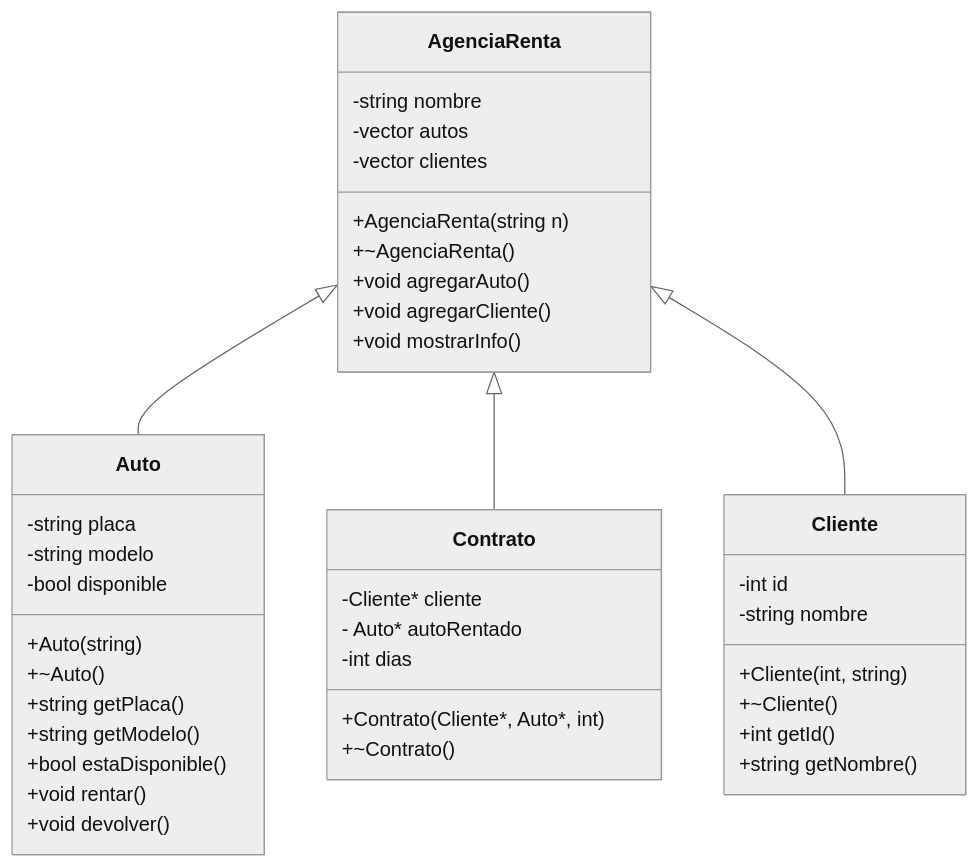
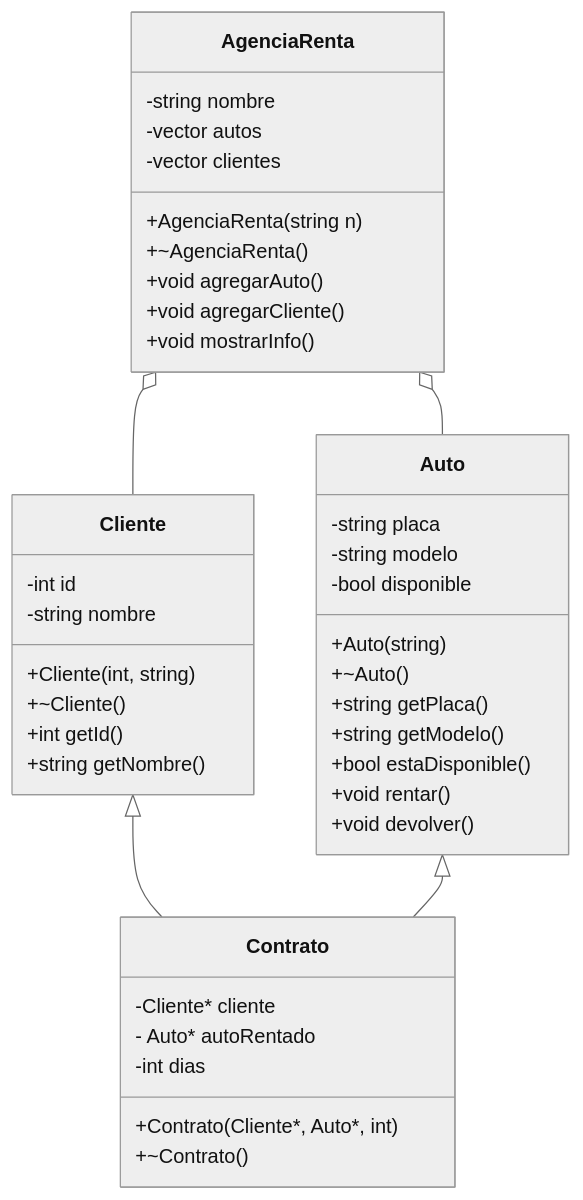
The diagram in programa_2.md (anto20417/Diagrama-clases), drawn with Mermaid (neutral theme) before and after one commit.

Commit message:
programa_2.md

````diff
--- a/programa_2.md
+++ b/programa_2.md
@@ -1,48 +1,49 @@
 ```mermaid
 classDiagram
     class AgenciaRenta {
         -string nombre
         -vector <Auto*> autos 
         -vector <Cliente*> clientes
         +AgenciaRenta(string n)
         +~AgenciaRenta()
         +void agregarAuto()
         +void agregarCliente()
         +void mostrarInfo()
     }
     
     class Contrato {
         -Cliente* cliente
         - Auto* autoRentado
         -int dias
         +Contrato(Cliente*, Auto*, int)
         +~Contrato()
     }
     
     class Cliente {
         -int id
         -string nombre
         +Cliente(int, string)
         +~Cliente()
         +int getId()
         +string getNombre()
     }
 
 class Auto {
         -string placa
         -string modelo
         -bool disponible
         +Auto(string)
         +~Auto()
         +string getPlaca()
         +string getModelo()
         +bool estaDisponible()
         +void rentar()
         +void devolver()
     }
     
     
-    AgenciaRenta <|-- Auto
-    AgenciaRenta <|-- Contrato
-    AgenciaRenta <|-- Cliente
+    AgenciaRenta o-- Auto
+    AgenciaRenta o-- Cliente
+    Cliente <|-- Contrato
+    Auto <|-- Contrato
 ```
````
